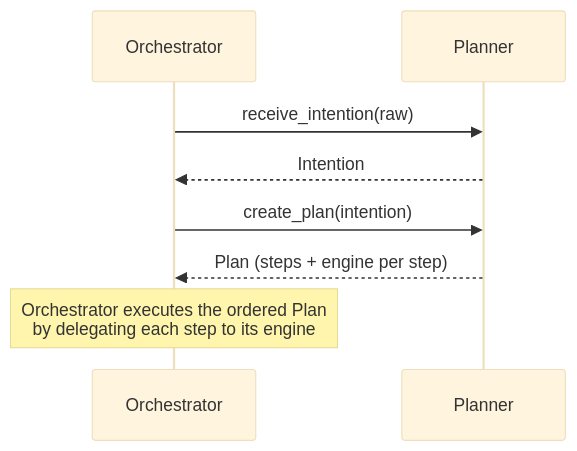
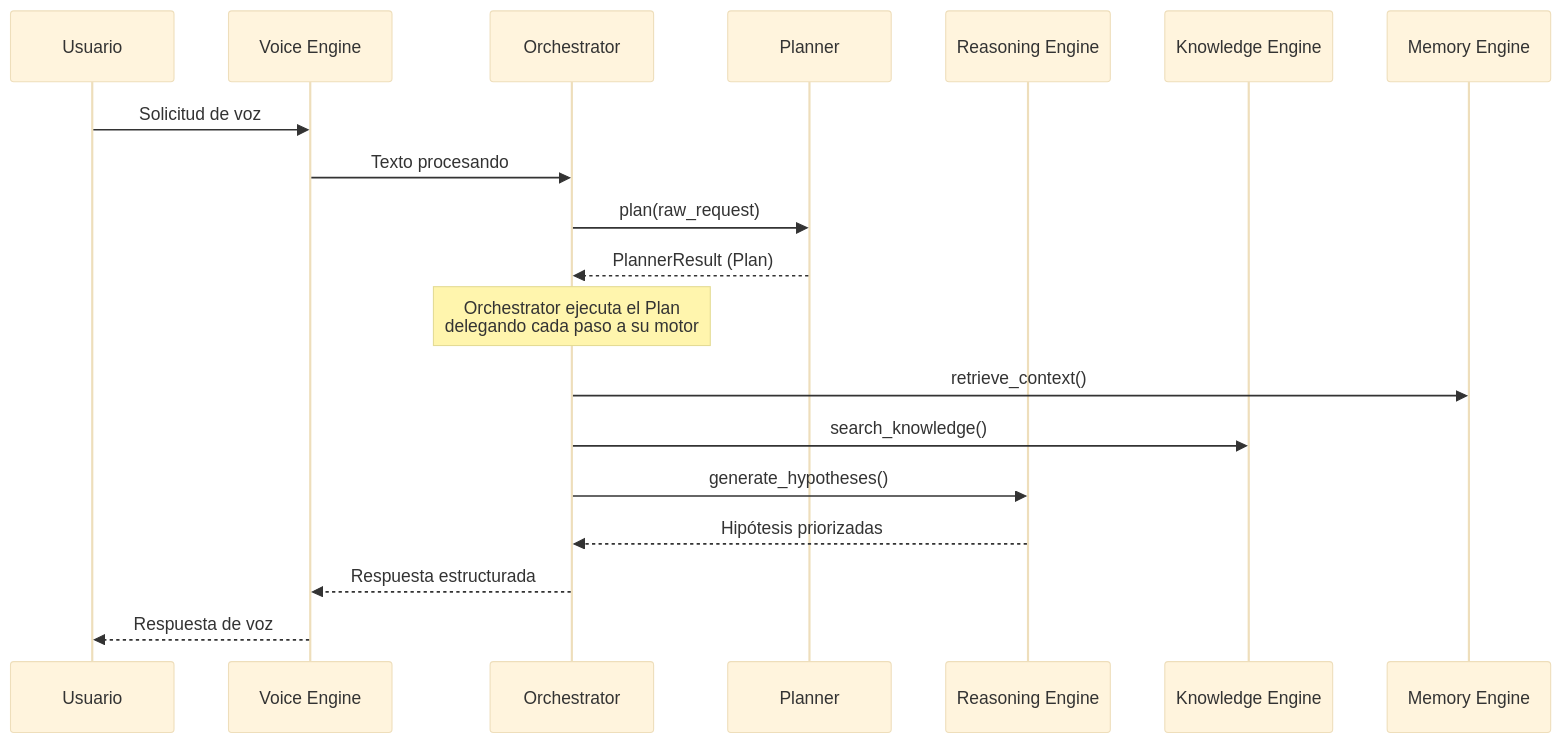
The fourth of 4 diagrams in core/planner/README.md (Tiago1203/EREN), drawn with Mermaid (base theme) before and after one commit. The commit also changed other lines of this file and 23 other files, not shown here.

First line of the commit message:
feat(cognitive): Phase 2 - Clinical Framework, Planner Engine, Event Bus

````diff
--- a/core/planner/README.md
+++ b/core/planner/README.md
@@ -79,10 +128,23 @@
 ```mermaid
 sequenceDiagram
+    participant U as Usuario
+    participant V as Voice Engine
     participant O as Orchestrator
     participant P as Planner
-    O->>P: receive_intention(raw)
-    P-->>O: Intention
-    O->>P: create_plan(intention)
-    P-->>O: Plan (steps + engine per step)
-    Note over O: Orchestrator executes the ordered Plan<br/>by delegating each step to its engine
+    participant R as Reasoning Engine
+    participant K as Knowledge Engine
+    participant M as Memory Engine
+
+    U->>V: Solicitud de voz
+    V->>O: Texto procesando
+    O->>P: plan(raw_request)
+    P-->>O: PlannerResult (Plan)
+    Note over O: Orchestrator ejecuta el Plan<br/>delegando cada paso a su motor
+
+    O->>M: retrieve_context()
+    O->>K: search_knowledge()
+    O->>R: generate_hypotheses()
+    R-->>O: Hipótesis priorizadas
+    O-->>V: Respuesta estructurada
+    V-->>U: Respuesta de voz
 ```
````
